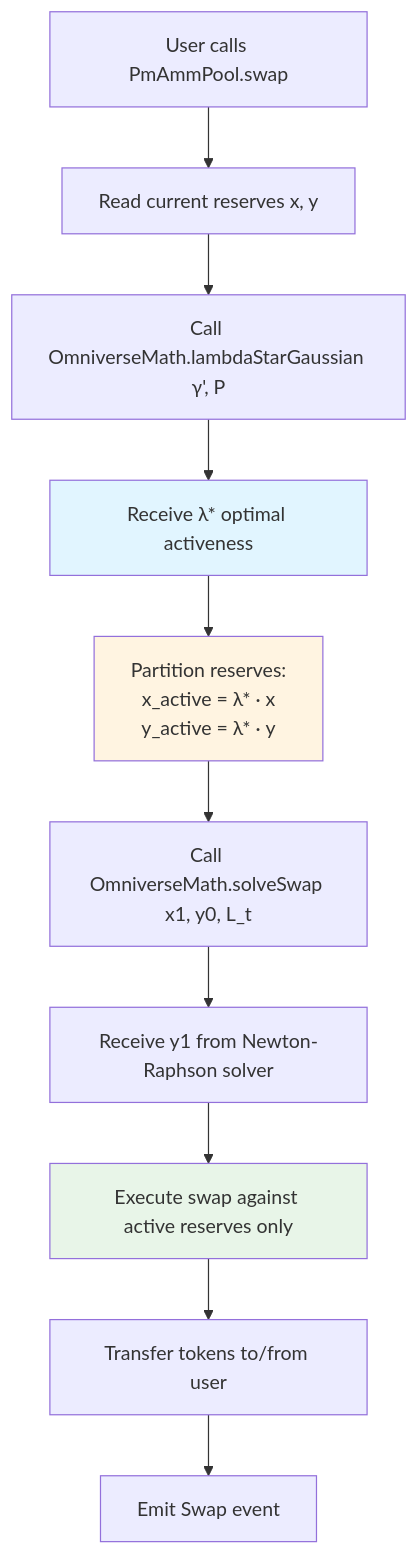
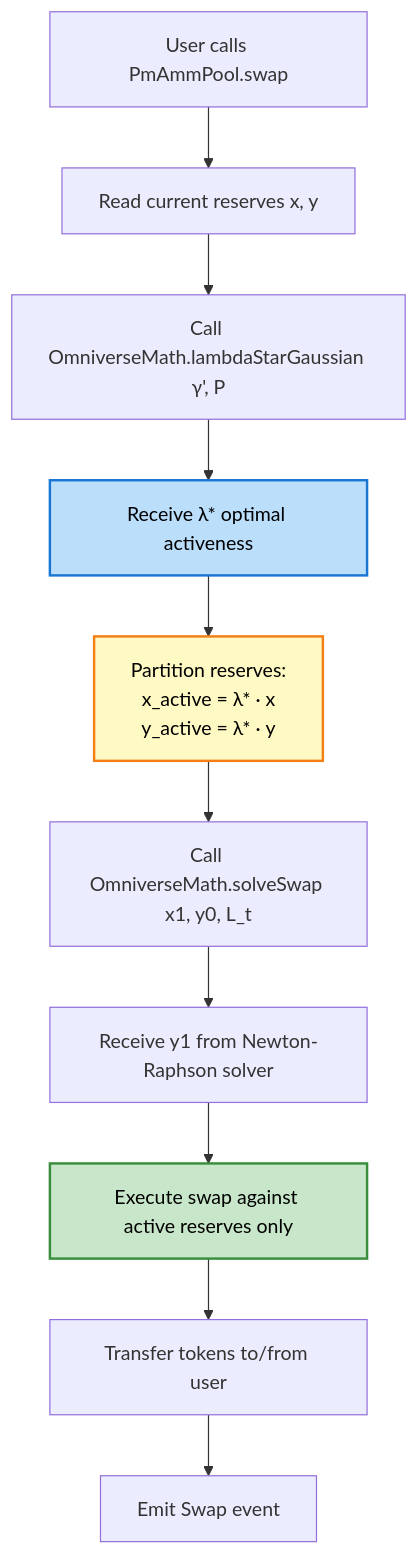
The first of 5 diagrams in README.md (Sarnav07/omniverse), drawn with Mermaid before and after one commit. The commit also changed other lines of this file, not shown here.

First line of the commit message:
docs: improve Mermaid diagram contrast with darker colors

````diff
--- a/README.md
+++ b/README.md
@@ -325,16 +325,16 @@
 ```mermaid
 flowchart TD
     A[User calls PmAmmPool.swap] --> B[Read current reserves x, y]
     B --> C[Call OmniverseMath.lambdaStarGaussian γ', P]
     C --> D[Receive λ* optimal activeness]
     D --> E[Partition reserves:<br/>x_active = λ* · x<br/>y_active = λ* · y]
     E --> F[Call OmniverseMath.solveSwap x1, y0, L_t]
     F --> G[Receive y1 from Newton-Raphson solver]
     G --> H[Execute swap against active reserves only]
     H --> I[Transfer tokens to/from user]
     I --> J[Emit Swap event]
     
-    style D fill:#e1f5ff
-    style E fill:#fff4e1
-    style H fill:#e8f5e8
+    style D fill:#bbdefb,stroke:#1976d2,stroke-width:2px,color:#000
+    style E fill:#fff9c4,stroke:#f57f17,stroke-width:2px,color:#000
+    style H fill:#c8e6c9,stroke:#388e3c,stroke-width:2px,color:#000
 ```
````
